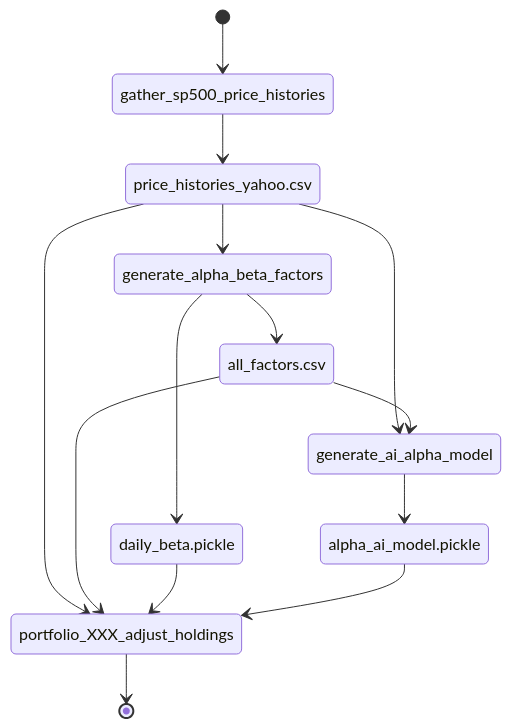
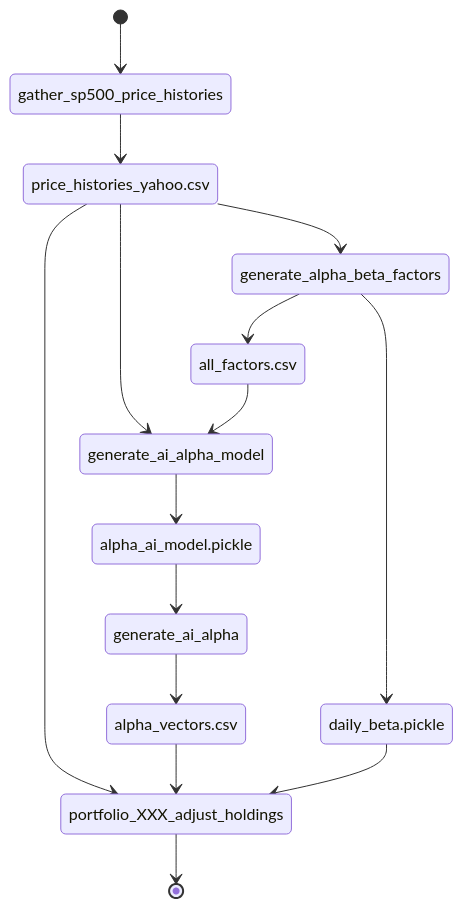
One commit to nmaiorana/svi-trading-tools changed the first of 4 diagrams in README.md. Above: the diagram before and after it, drawn with Mermaid.

````diff
--- a/README.md
+++ b/README.md
@@ -32,16 +32,18 @@
 ```mermaid
 stateDiagram-v2
 [*] --> gather_sp500_price_histories
 gather_sp500_price_histories --> price_histories_yahoo.csv
 price_histories_yahoo.csv --> generate_alpha_beta_factors
 generate_alpha_beta_factors --> all_factors.csv
 generate_alpha_beta_factors --> daily_beta.pickle
 price_histories_yahoo.csv --> generate_ai_alpha_model
 all_factors.csv --> generate_ai_alpha_model
 generate_ai_alpha_model --> alpha_ai_model.pickle
+alpha_ai_model.pickle --> generate_ai_alpha
+generate_ai_alpha --> alpha_vectors.csv
 price_histories_yahoo.csv --> portfolio_XXX_adjust_holdings
-all_factors.csv --> portfolio_XXX_adjust_holdings
+alpha_vectors.csv --> portfolio_XXX_adjust_holdings
 daily_beta.pickle --> portfolio_XXX_adjust_holdings
-alpha_ai_model.pickle --> portfolio_XXX_adjust_holdings
+
 portfolio_XXX_adjust_holdings --> [*]
 ```
````
